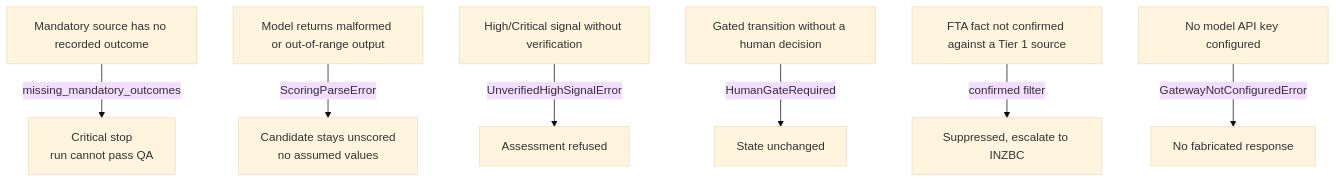
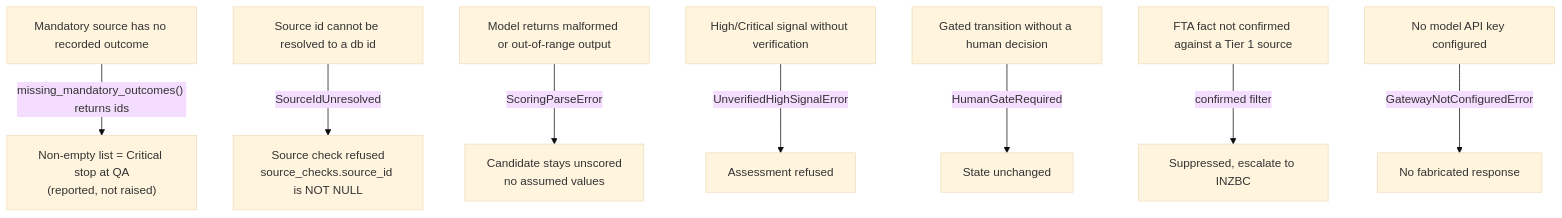
Before and after one commit to India-New-Zealand-Business-Council/inzbc: the fourth of 7 diagrams in docs/architecture.md, drawn with Mermaid (base theme). The commit also changed other lines of this file and 1 other file, not shown here.

Commit message:
Correct diagram and operator guide against the controlled documents

````diff
--- a/docs/architecture.md
+++ b/docs/architecture.md
@@ -134,9 +140,10 @@
 ```mermaid
 flowchart TD
-    A["Mandatory source has no recorded outcome"] -->|missing_mandatory_outcomes| STOP1["Critical stop<br/>run cannot pass QA"]
+    A["Mandatory source has no recorded outcome"] -->|"missing_mandatory_outcomes() returns ids"| STOP1["Non-empty list = Critical stop at QA<br/>(reported, not raised)"]
+    A2["Source id cannot be resolved to a db id"] -->|SourceIdUnresolved| STOP7["Source check refused<br/>source_checks.source_id is NOT NULL"]
     B["Model returns malformed or out-of-range output"] -->|ScoringParseError| STOP2["Candidate stays unscored<br/>no assumed values"]
     C["High/Critical signal without verification"] -->|UnverifiedHighSignalError| STOP3["Assessment refused"]
     D["Gated transition without a human decision"] -->|HumanGateRequired| STOP4["State unchanged"]
     E["FTA fact not confirmed against a Tier 1 source"] -->|confirmed filter| STOP5["Suppressed, escalate to INZBC"]
     F["No model API key configured"] -->|GatewayNotConfiguredError| STOP6["No fabricated response"]
 ```
````
